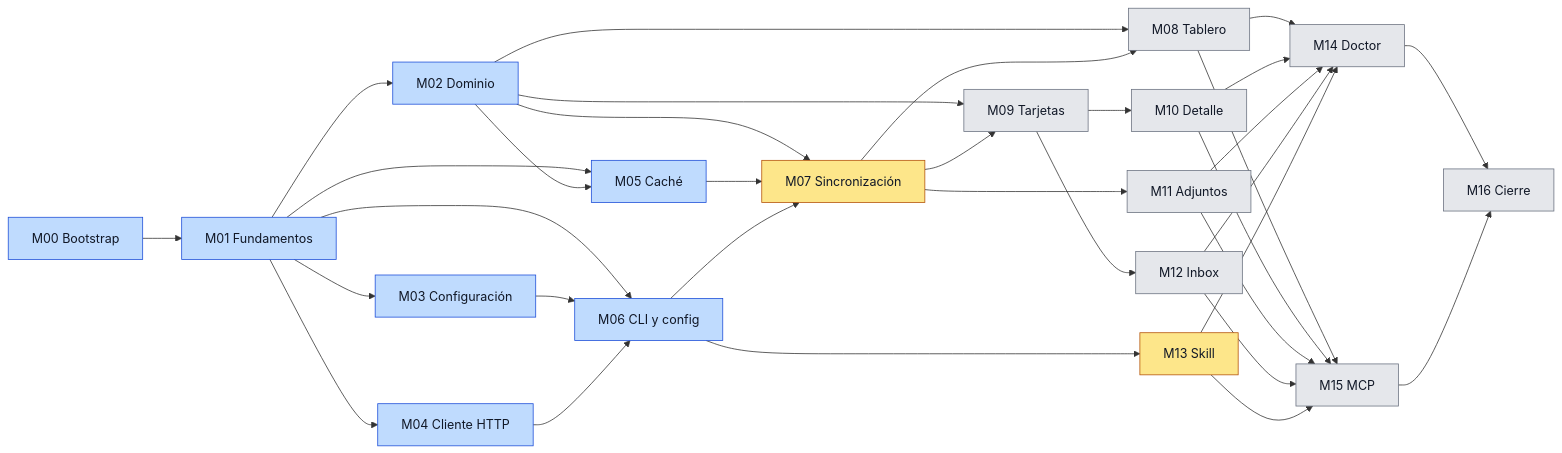
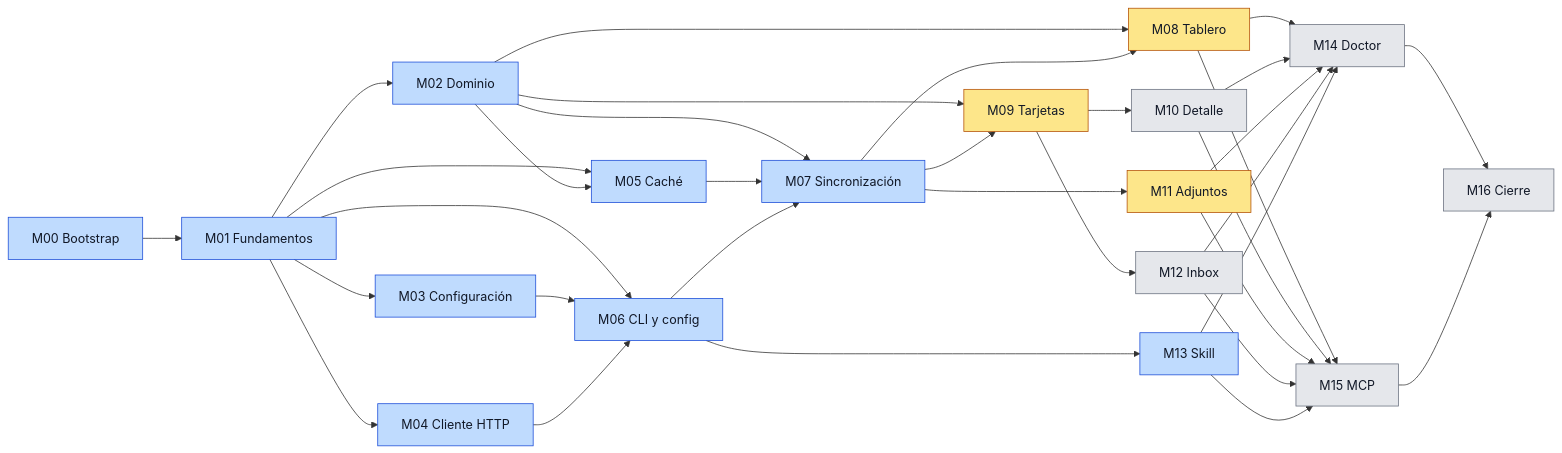
Before and after one commit to dayler/trelloctl: the diagram in docs/plan/00-plan-maestro.md, drawn with Mermaid. The commit also changed other lines of this file, not shown here.

Commit message:
docs(plan): wave 4 in review, start wave 5

````diff
--- a/docs/plan/00-plan-maestro.md
+++ b/docs/plan/00-plan-maestro.md
@@ -84,47 +84,48 @@
 ```mermaid
 flowchart LR
     M00[M00 Bootstrap] --> M01[M01 Fundamentos]
     M01 --> M02[M02 Dominio]
     M01 --> M03[M03 Configuración]
     M01 --> M04[M04 Cliente HTTP]
     M01 --> M05[M05 Caché]
     M02 --> M05
     M01 --> M06[M06 CLI y config]
     M03 --> M06
     M04 --> M06
     M02 --> M07[M07 Sincronización]
     M05 --> M07
     M06 --> M07
     M06 --> M13[M13 Skill]
     M02 --> M08[M08 Tablero]
     M07 --> M08
     M02 --> M09[M09 Tarjetas]
     M07 --> M09
     M07 --> M11[M11 Adjuntos]
     M09 --> M10[M10 Detalle]
     M09 --> M12[M12 Inbox]
     M08 --> M14[M14 Doctor]
     M10 --> M14
     M11 --> M14
     M12 --> M14
     M13 --> M14
     M08 --> M15[M15 MCP]
     M10 --> M15
     M11 --> M15
     M12 --> M15
     M13 --> M15
     M14 --> M16[M16 Cierre]
     M15 --> M16
 
     classDef pending fill:#e5e7eb,stroke:#6b7280,color:#111827
     classDef in_progress fill:#fde68a,stroke:#b45309,color:#111827
     classDef in_review fill:#bfdbfe,stroke:#1d4ed8,color:#111827
     classDef done fill:#bbf7d0,stroke:#15803d,color:#111827
     classDef blocked fill:#fecaca,stroke:#b91c1c,color:#111827
-    class M08,M09,M10,M11,M12,M14,M15,M16 pending
+    class M10,M12,M14,M15,M16 pending
     class M00 in_review
     class M01 in_review
     class M02,M03,M04 in_review
     class M05,M06 in_review
-    class M07,M13 in_progress
+    class M07,M13 in_review
+    class M08,M09,M11 in_progress
 ```
````
